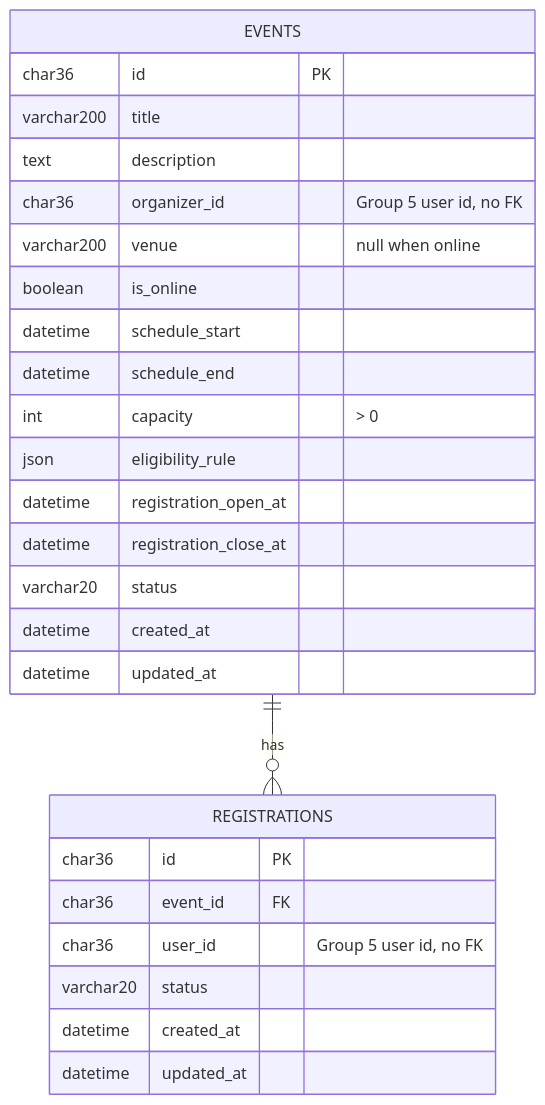
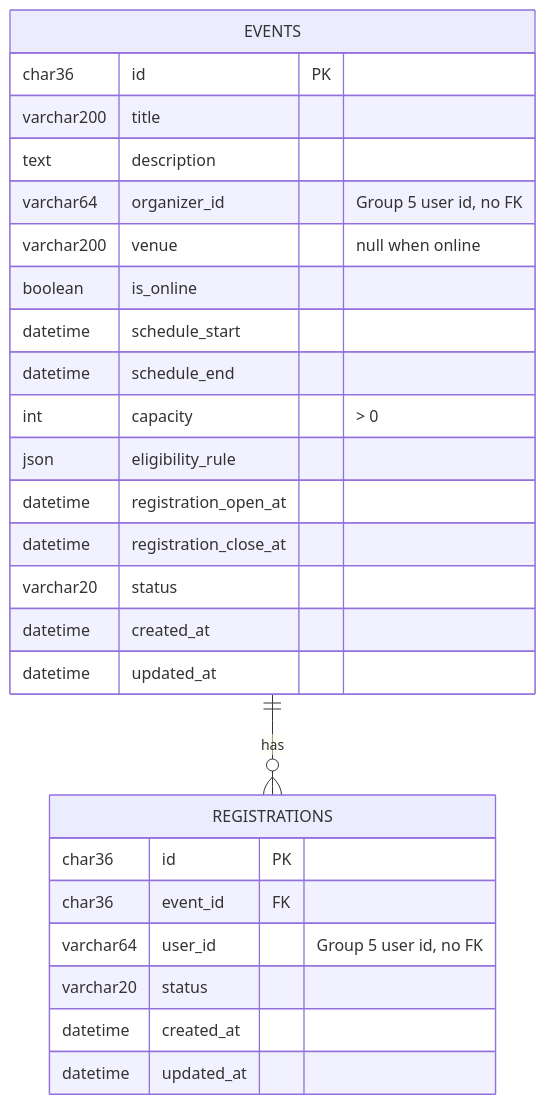
The diagram in docs/data-dictionary.md (IsuruDharshana/EventManagement-Uni-Service-Management-System_Backend), drawn with Mermaid before and after one commit. The commit also changed other lines of this file and 44 other files, not shown here.

````diff
--- a/docs/data-dictionary.md
+++ b/docs/data-dictionary.md
@@ -7,29 +7,29 @@
 ```mermaid
 erDiagram
     EVENTS ||--o{ REGISTRATIONS : "has"
     EVENTS {
         char36 id PK
         varchar200 title
         text description
-        char36 organizer_id "Group 5 user id, no FK"
+        varchar64 organizer_id "Group 5 user id, no FK"
         varchar200 venue "null when online"
         boolean is_online
         datetime schedule_start
         datetime schedule_end
         int capacity "> 0"
         json eligibility_rule
         datetime registration_open_at
         datetime registration_close_at
         varchar20 status
         datetime created_at
         datetime updated_at
     }
     REGISTRATIONS {
         char36 id PK
         char36 event_id FK
-        char36 user_id "Group 5 user id, no FK"
+        varchar64 user_id "Group 5 user id, no FK"
         varchar20 status
         datetime created_at
         datetime updated_at
     }
 ```
````
